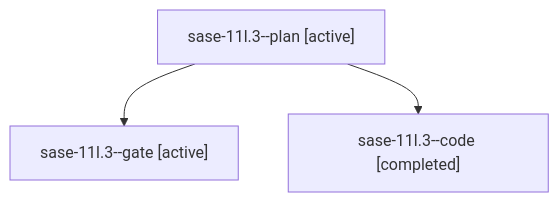
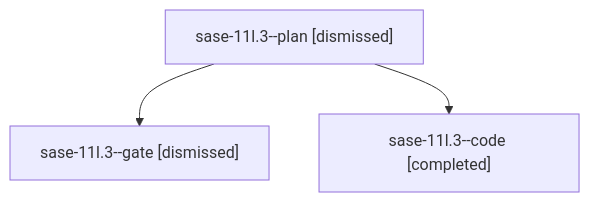
The diagram in sessions/bbugyi200.athena.sase-11l.3.md (sase-org/sase--agents), drawn with Mermaid before and after one commit. The commit also changed other lines of this file and 204 other files, not shown here.

````diff
--- a/sessions/bbugyi200.athena.sase-11l.3.md
+++ b/sessions/bbugyi200.athena.sase-11l.3.md
@@ -9,8 +9,8 @@
 ```mermaid
 flowchart TD
-  n0["sase-11l.3--plan [active]"]
-  n1["sase-11l.3--gate [active]"]
+  n0["sase-11l.3--plan [dismissed]"]
+  n1["sase-11l.3--gate [dismissed]"]
   n0 --> n1
   n2["sase-11l.3--code [completed]"]
   n0 --> n2
 ```
````
